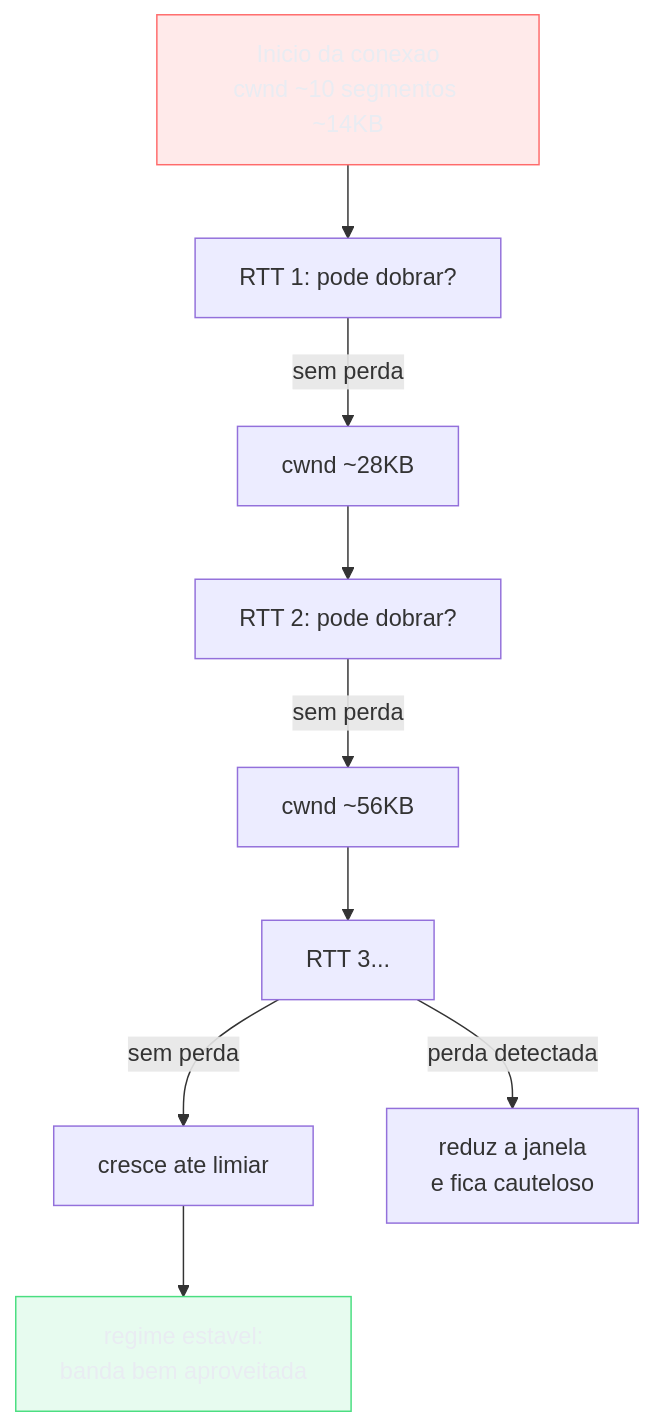
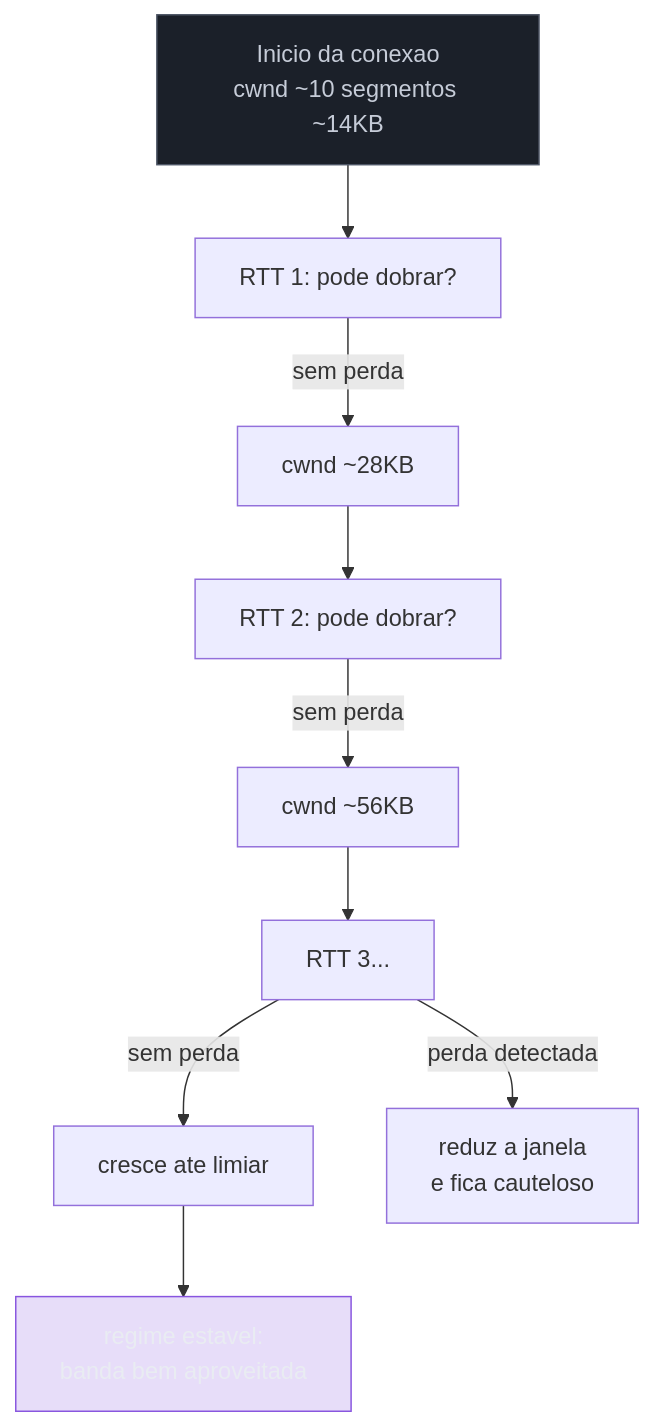
The third of 7 diagrams in 03-Dominios/Ciência/Redes e Protocolos/02 - TCP.md (josenaldo/codex-technomanticus), drawn with Mermaid before and after one commit. The commit also changed other lines of this file and 601 other files, not shown here.

````diff
--- a/03-Dominios/Ciência/Redes e Protocolos/02 - TCP.md
+++ b/03-Dominios/Ciência/Redes e Protocolos/02 - TCP.md
@@ -101,15 +101,15 @@
 ```mermaid
 flowchart TD
-    classDef falha fill:#FF6B6B24,stroke:#FF6B6B,color:#E9ECF2
-    classDef ok fill:#4ADE8021,stroke:#4ADE80,color:#E9ECF2
+    classDef marca fill:#8855DF33,stroke:#8855DF,color:#E9ECF2
+    classDef neutro fill:#1B2029,stroke:#4E5666,color:#C6CCD8
     A["Inicio da conexao<br/>cwnd ~10 segmentos ~14KB"] --> B["RTT 1: pode dobrar?"]
     B -->|"sem perda"| C["cwnd ~28KB"]
     C --> D["RTT 2: pode dobrar?"]
     D -->|"sem perda"| E["cwnd ~56KB"]
     E --> F["RTT 3..."]
     F -->|"sem perda"| G["cresce ate limiar"]
     F -->|"perda detectada"| H["reduz a janela<br/>e fica cauteloso"]
     G --> I["regime estavel:<br/>banda bem aproveitada"]
-    class A falha
-    class I ok
+    class A neutro
+    class I marca
 ```
````
